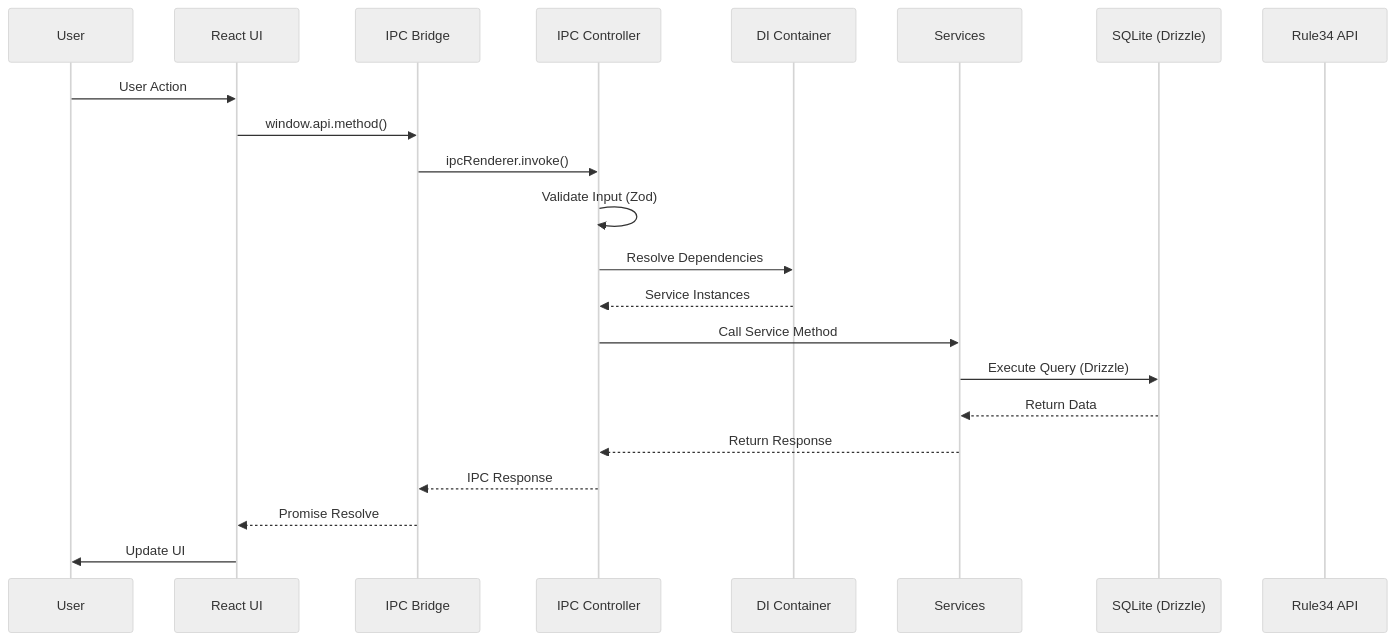
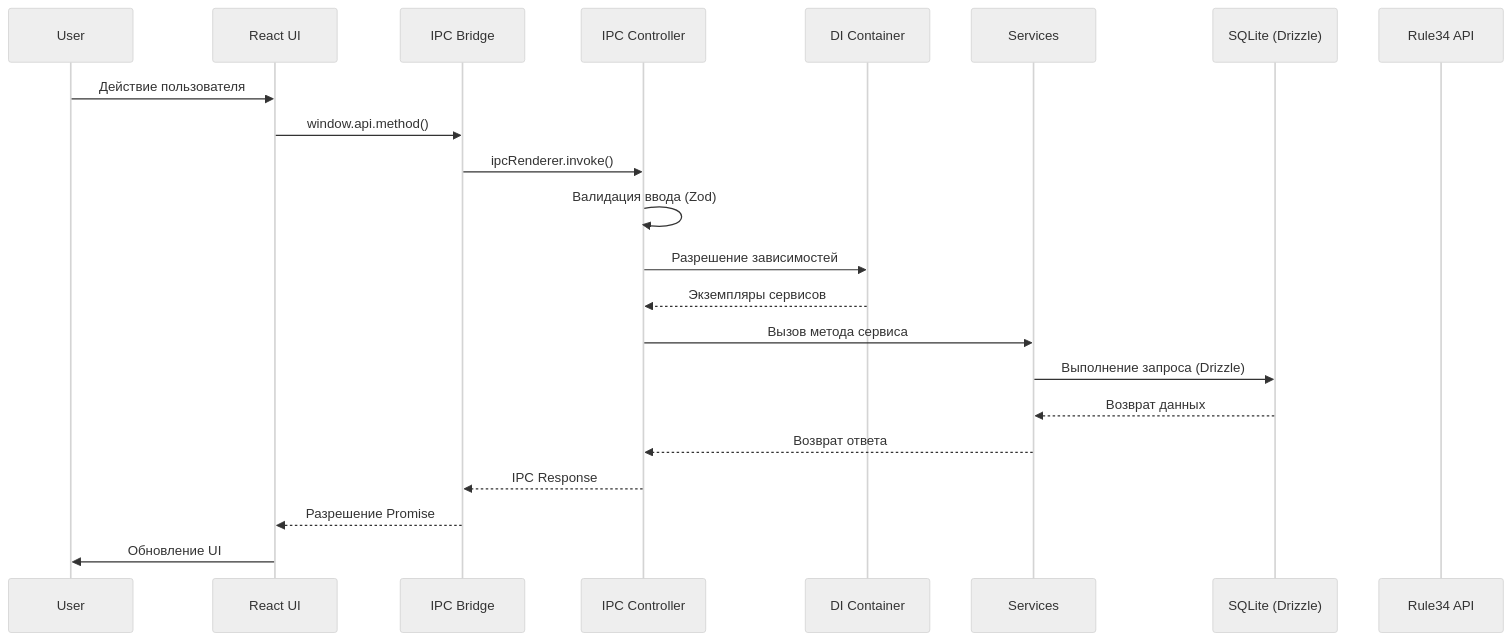
Before and after one commit to KazeKaze93/RuleDesk: the third of 11 diagrams in .docs-i18n/ru/docs/architecture.md, drawn with Mermaid (neutral theme). The commit also changed other lines of this file and 10 other files, not shown here.

````diff
--- a/.docs-i18n/ru/docs/architecture.md
+++ b/.docs-i18n/ru/docs/architecture.md
@@ -181,25 +184,25 @@
 ```mermaid
 sequenceDiagram
     participant User
     participant ReactUI as React UI
     participant Bridge as IPC Bridge
     participant Controller as IPC Controller
     participant DI as DI Container
     participant Service as Services
     participant DB as SQLite (Drizzle)
     participant API as Rule34 API
 
-    User->>ReactUI: User Action
+    User->>ReactUI: Действие пользователя
     ReactUI->>Bridge: window.api.method()
     Bridge->>Controller: ipcRenderer.invoke()
-    Controller->>Controller: Validate Input (Zod)
-    Controller->>DI: Resolve Dependencies
-    DI-->>Controller: Service Instances
-    Controller->>Service: Call Service Method
-    Service->>DB: Execute Query (Drizzle)
-    DB-->>Service: Return Data
-    Service-->>Controller: Return Response
+    Controller->>Controller: Валидация ввода (Zod)
+    Controller->>DI: Разрешение зависимостей
+    DI-->>Controller: Экземпляры сервисов
+    Controller->>Service: Вызов метода сервиса
+    Service->>DB: Выполнение запроса (Drizzle)
+    DB-->>Service: Возврат данных
+    Service-->>Controller: Возврат ответа
     Controller-->>Bridge: IPC Response
-    Bridge-->>ReactUI: Promise Resolve
-    ReactUI->>User: Update UI
+    Bridge-->>ReactUI: Разрешение Promise
+    ReactUI->>User: Обновление UI
 ```
````
